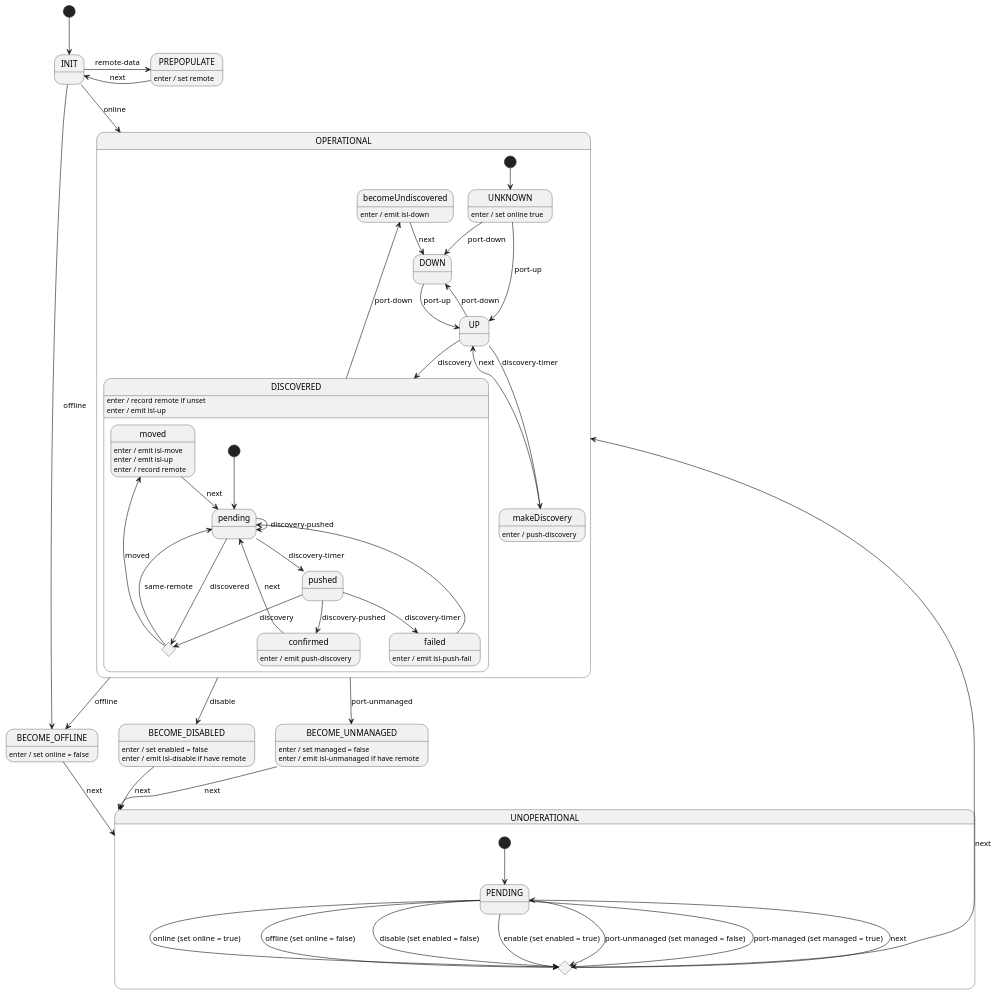
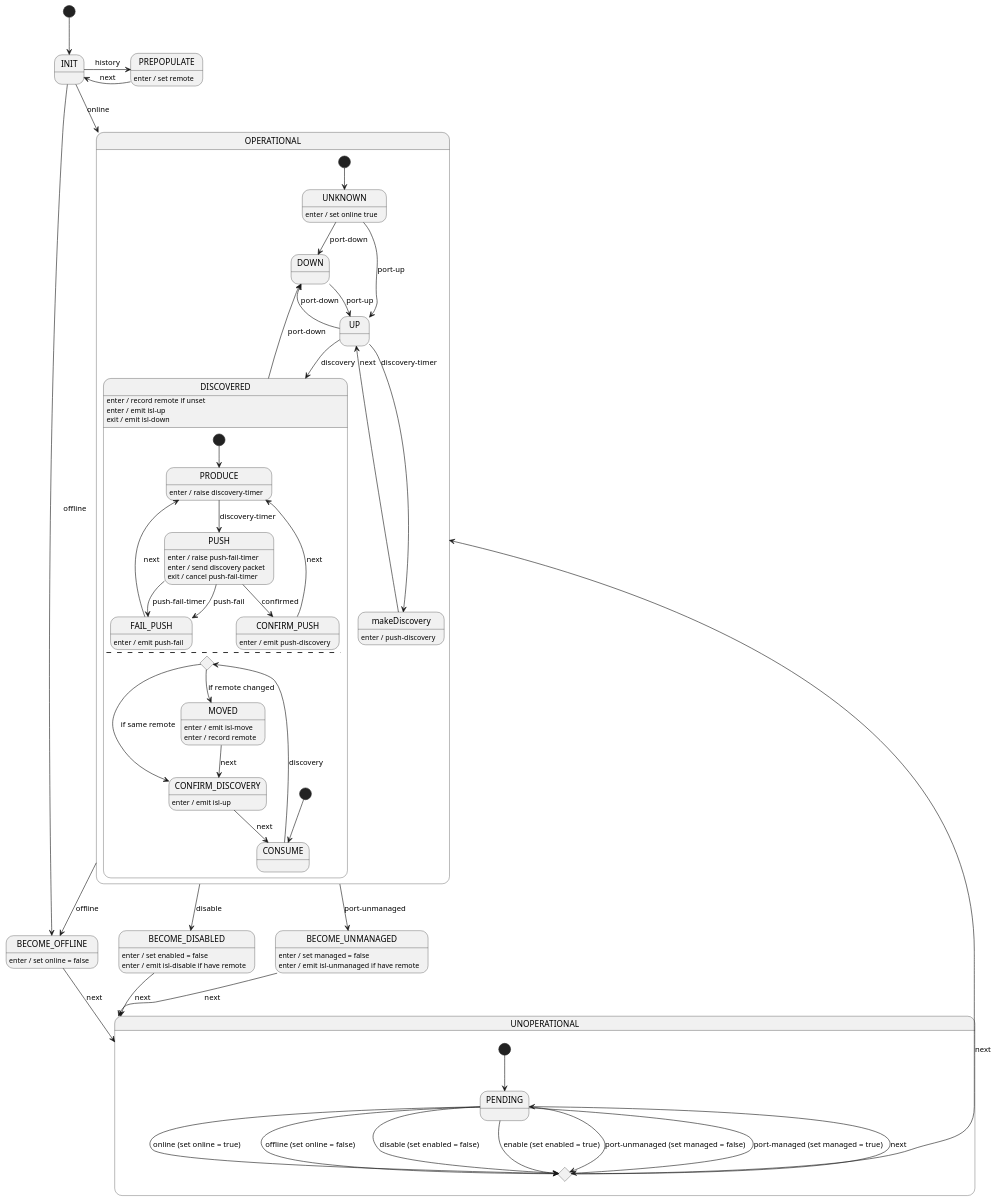
Before and after one commit to jangwonpark74/open-kilda: the diagram in docs/design/network-discovery/port-FSM.puml, drawn with PlantUML. The commit also changed 15 other files, not shown here.

```diff
--- a/docs/design/network-discovery/port-FSM.puml
+++ b/docs/design/network-discovery/port-FSM.puml
@@ -27,93 +27,101 @@
 @startuml
 [*] --> INIT
 
-INIT -r-> PREPOPULATE : remote-data
+INIT -r-> PREPOPULATE : history
 INIT --> BECOME_OFFLINE : offline
 INIT --> OPERATIONAL : online
 
 PREPOPULATE : enter / set remote
 PREPOPULATE -l-> INIT : next
 
 state OPERATIONAL {
     [*] --> UNKNOWN
 
-    UNKNOWN : enter / set online true
     UNKNOWN --> DOWN : port-down
     UNKNOWN --> UP : port-up
+    UNKNOWN : enter / set online true
 
     UP --> DOWN : port-down
     UP --> makeDiscovery : discovery-timer
     UP --> DISCOVERED : discovery
 
     makeDiscovery : enter / push-discovery
     makeDiscovery --> UP : next
 
     DOWN --> UP : port-up
 
     state DISCOVERED {
         DISCOVERED : enter / record remote if unset
         DISCOVERED : enter / emit isl-up
+        DISCOVERED : exit / emit isl-down
+
+        [*] --> PRODUCE
+        PRODUCE --> PUSH : discovery-timer
+        PRODUCE : enter / raise discovery-timer
+
+        PUSH --> CONFIRM_PUSH : confirmed
+        PUSH --> FAIL_PUSH : push-fail-timer
+        PUSH --> FAIL_PUSH : push-fail
+        PUSH : enter / raise push-fail-timer
+        PUSH : enter / send discovery packet
+        PUSH : exit / cancel push-fail-timer
+
+        CONFIRM_PUSH --> PRODUCE : next
+        CONFIRM_PUSH : enter / emit push-discovery
+
+        FAIL_PUSH --> PRODUCE : next
+        FAIL_PUSH : enter / emit push-fail
+
+        --
 
         state checkMoved <<choice>>
 
-        [*] --> pending
-        pending --> pushed : discovery-timer
-        pending -d-> checkMoved : discovered
-        pending --> pending : discovery-pushed
+        [*] --> CONSUME
+        
+        CONSUME --> checkMoved : discovery 
 
-        pushed --> confirmed : discovery-pushed
-        pushed --> failed : discovery-timer
-        pushed -d-> checkMoved : discovery
+        checkMoved --> CONFIRM_DISCOVERY : if same remote
+        checkMoved --> MOVED : if remote changed
 
-        confirmed : enter / emit push-discovery
-        confirmed --> pending : next
+        MOVED --> CONFIRM_DISCOVERY : next
+        MOVED : enter / emit isl-move
+        MOVED : enter / record remote
 
-        failed : enter / emit isl-push-fail
-        failed --> pending
-
-        checkMoved -u-> pending : same-remote
-        checkMoved -u-> moved : moved
-
-        moved : enter / emit isl-move
-        moved : enter / emit isl-up
-        moved : enter / record remote
-        moved --> pending : next
+        CONFIRM_DISCOVERY --> CONSUME : next
+        CONFIRM_DISCOVERY : enter / emit isl-up
     }
-    DISCOVERED -u-> becomeUndiscovered : port-down
-
-    becomeUndiscovered : enter / emit isl-down
-    becomeUndiscovered --> DOWN : next
+    DISCOVERED --> DOWN : port-down
 }
 
 OPERATIONAL --> BECOME_OFFLINE : offline
 OPERATIONAL --> BECOME_DISABLED : disable
 OPERATIONAL --> BECOME_UNMANAGED : port-unmanaged
 
 BECOME_OFFLINE --> UNOPERATIONAL : next
 BECOME_OFFLINE : enter / set online = false
 
 BECOME_DISABLED --> UNOPERATIONAL : next
 BECOME_DISABLED : enter / set enabled = false
 BECOME_DISABLED : enter / emit isl-disable if have remote
 
 BECOME_UNMANAGED --> UNOPERATIONAL : next
 BECOME_UNMANAGED : enter / set managed = false
 BECOME_UNMANAGED : enter / emit isl-unmanaged if have remote
 
 state UNOPERATIONAL {
     [*] --> PENDING
 
     state OPERATIONAL_DECISION <<choice>>
 
     PENDING --> OPERATIONAL_DECISION : online (set online = true)
     PENDING --> OPERATIONAL_DECISION : offline (set online = false)
     PENDING --> OPERATIONAL_DECISION : disable (set enabled = false)
     PENDING --> OPERATIONAL_DECISION : enable (set enabled = true)
     PENDING --> OPERATIONAL_DECISION : port-unmanaged (set managed = false)
     PENDING --> OPERATIONAL_DECISION : port-managed (set managed = true)
 
     OPERATIONAL_DECISION --> PENDING : next
     OPERATIONAL_DECISION -u-> OPERATIONAL : next
 }
 
 @enduml
```
